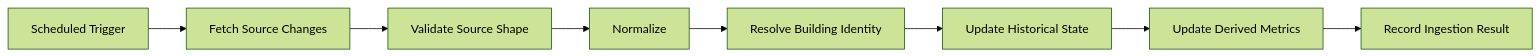
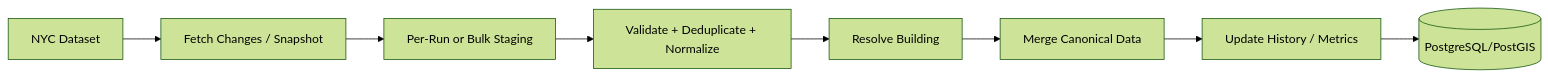
Before and after one commit to MuhammadYassa/nyc-housing-intelligence: the second of 2 diagrams in README.md, drawn with Mermaid (forest theme). The commit also changed other lines of this file, not shown here.

````diff
--- a/README.md
+++ b/README.md
@@ -309,10 +84,10 @@
 ```mermaid
 flowchart LR
-    S[Scheduled Trigger] --> F[Fetch Source Changes]
-    F --> V[Validate Source Shape]
-    V --> N[Normalize]
-    N --> B[Resolve Building Identity]
-    B --> H[Update Historical State]
-    H --> M[Update Derived Metrics]
-    M --> R[Record Ingestion Result]
+    SOURCE[NYC Dataset] --> FETCH[Fetch Changes / Snapshot]
+    FETCH --> STAGE[Per-Run or Bulk Staging]
+    STAGE --> VALIDATE[Validate + Deduplicate + Normalize]
+    VALIDATE --> RESOLVE[Resolve Building]
+    RESOLVE --> MERGE[Merge Canonical Data]
+    MERGE --> HISTORY[Update History / Metrics]
+    HISTORY --> DB[(PostgreSQL/PostGIS)]
 ```
````
